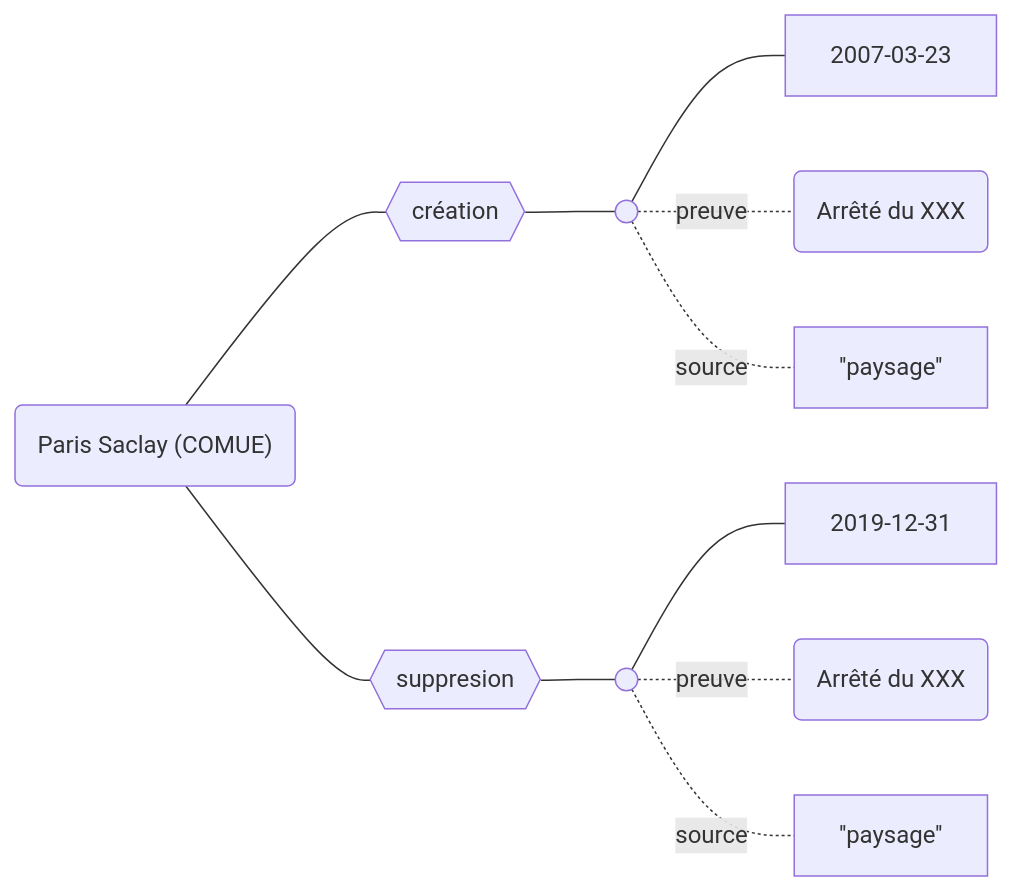
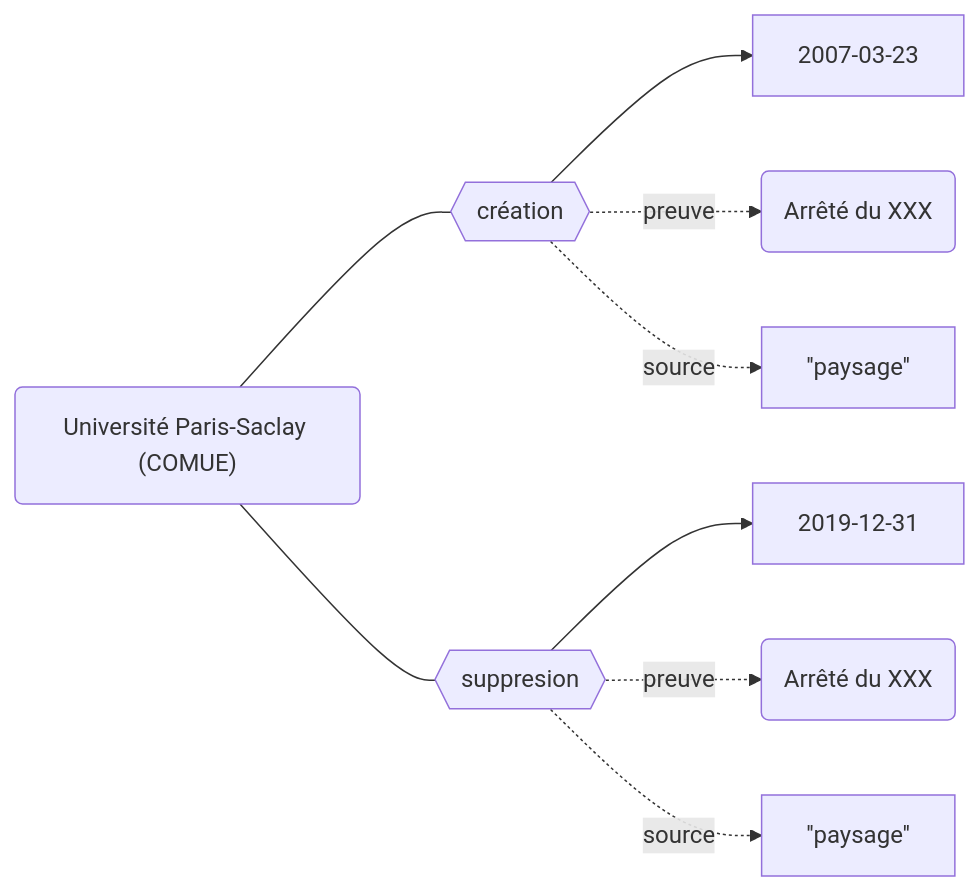
The third of 3 diagrams in docs/Modélisation Movies/Existence des établissements.md (abes-esr/movies-doc), drawn with Mermaid before and after one commit. The commit also changed other lines of this file and 28 other files, not shown here.

````diff
--- a/docs/Modélisation Movies/Existence des établissements.md
+++ b/docs/Modélisation Movies/Existence des établissements.md
@@ -27,11 +40,14 @@
 ```mermaid
 graph LR
-    PS("Paris Saclay (COMUE)")
-    PS --- CREA{{création}} --- C(( )) ---  2007-03-23
-    C -.- |preuve| PreuveCrea(Arrêté du XXX)
-    C -.- |source| SourceCrea[''paysage'']
+    PS("Université Paris-Saclay (COMUE)")
+    CREA{{création}}
+    SUPPR{{suppresion}}
+
+    PS --- CREA --> 2007-03-23
+    CREA -.-> |preuve| PreuveCrea(Arrêté du XXX)
+    CREA -.-> |source| SourceCrea[''paysage'']
     
-    PS--- SUPPR{{suppresion}} --- S(( )) --- 2019-12-31
-    S(( )) -.- |preuve| PreuveSuppr(Arrêté du XXX)
-    S(( )) -.- |source| SourceSuppr[''paysage'']
+    PS--- SUPPR --> 2019-12-31
+    SUPPR -.-> |preuve| PreuveSuppr(Arrêté du XXX)
+    SUPPR -.-> |source| SourceSuppr[''paysage'']
 ```
````
